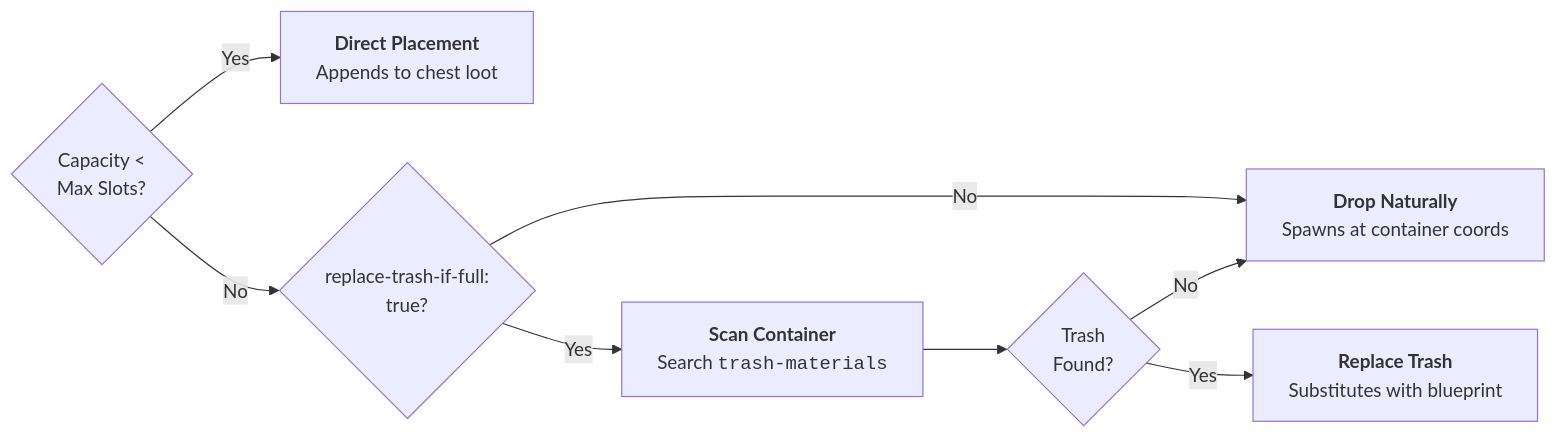
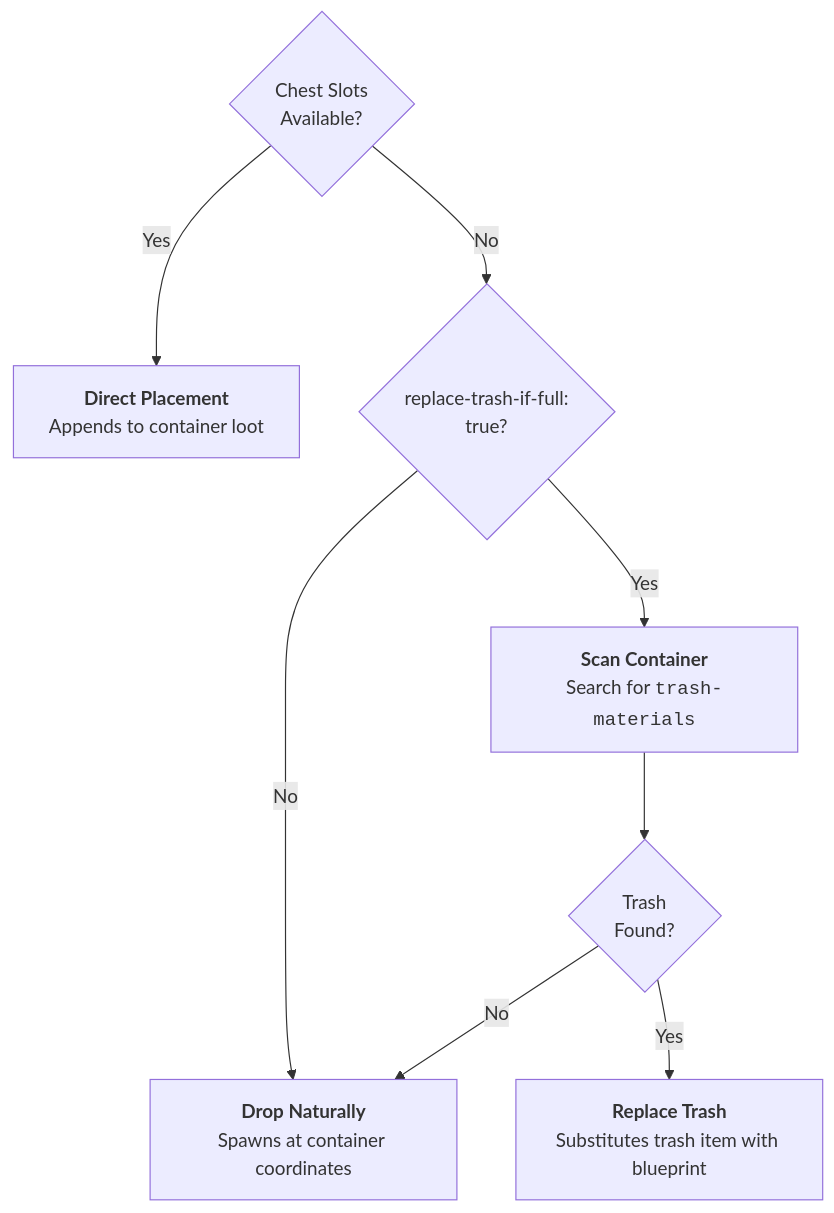
Before and after one commit to XZtotal/CraftingBlueprints-Wiki: the second of 2 diagrams in docs/operations/world-loot-tables.md, drawn with Mermaid. The commit also changed other lines of this file and 31 other files, not shown here.

Commit message:
style(docs): optimize diagram proportions, center all diagrams, and fix table padding

````diff
--- a/docs/operations/world-loot-tables.md
+++ b/docs/operations/world-loot-tables.md
@@ -248,10 +246,11 @@
 ```mermaid
-flowchart LR
-    CapCheck{"Capacity &lt;<br/>Max Slots?"}
-    CapCheck -->|Yes| Direct["<b>Direct Placement</b><br/>Appends to chest loot"]
+flowchart TD
+    CapCheck{"Chest Slots<br/>Available?"}
+    CapCheck -->|Yes| Direct["<b>Direct Placement</b><br/>Appends to container loot"]
     CapCheck -->|No| TrashCheck{"replace-trash-if-full:<br/>true?"}
-    TrashCheck -->|No| DropWorld["<b>Drop Naturally</b><br/>Spawns at container coords"]
-    TrashCheck -->|Yes| Scan["<b>Scan Container</b><br/>Search <code>trash-materials</code>"] --> Found{"Trash<br/>Found?"}
-    Found -->|Yes| Replace["<b>Replace Trash</b><br/>Substitutes with blueprint"]
+    TrashCheck -->|No| DropWorld["<b>Drop Naturally</b><br/>Spawns at container coordinates"]
+    TrashCheck -->|Yes| Scan["<b>Scan Container</b><br/>Search for <code>trash-materials</code>"]
+    Scan --> Found{"Trash<br/>Found?"}
+    Found -->|Yes| Replace["<b>Replace Trash</b><br/>Substitutes trash item with blueprint"]
     Found -->|No| DropWorld
 ```
````
